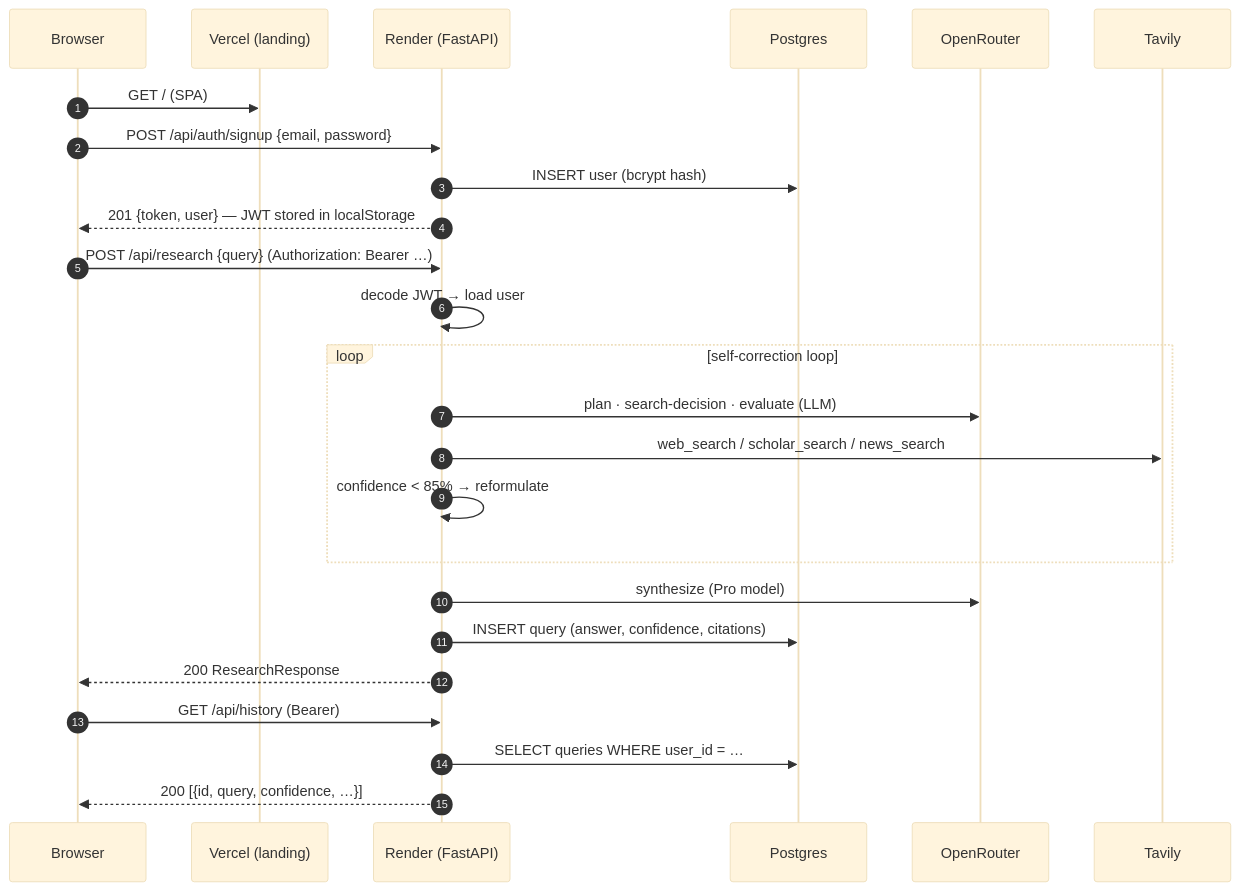
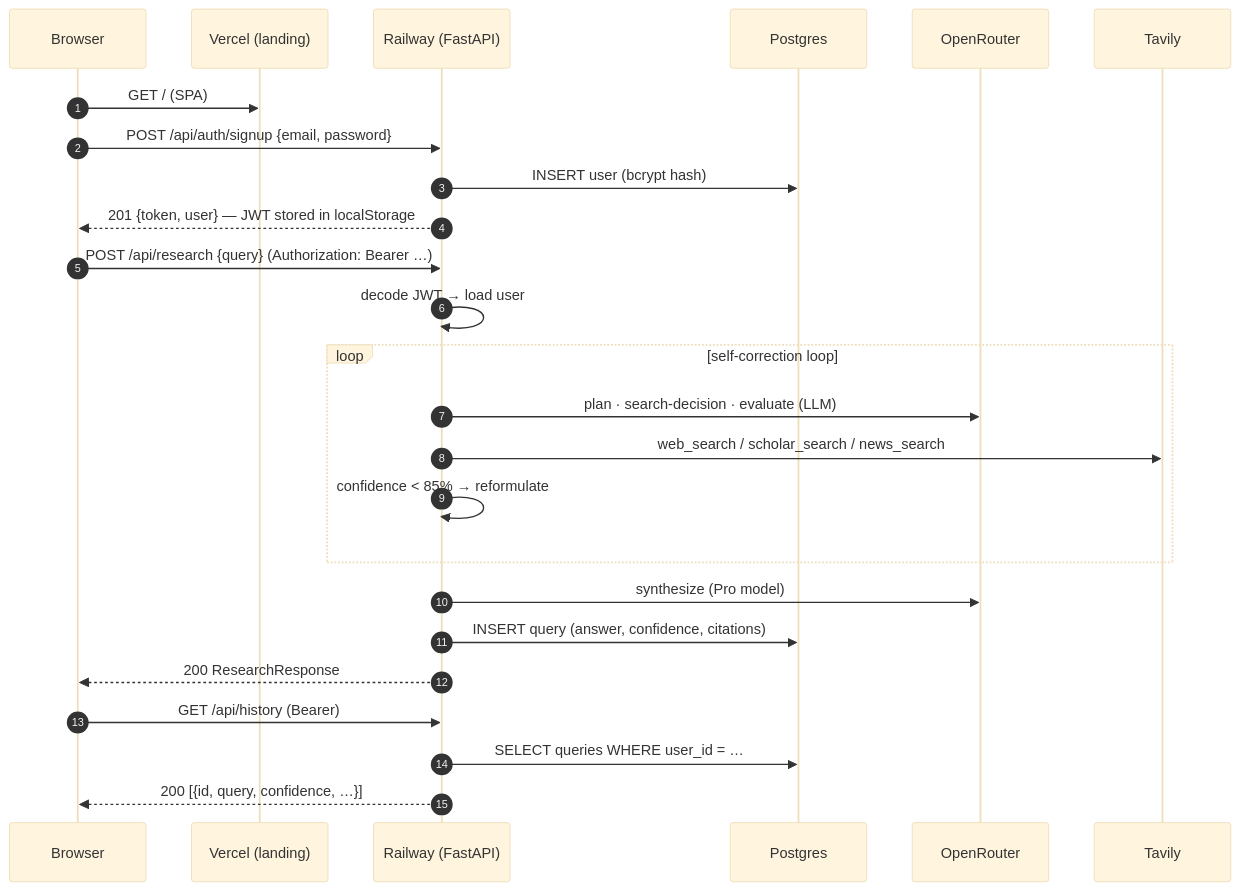
The second of 4 diagrams in README.md (RagavRida/research-agent), drawn with Mermaid (base theme) before and after one commit. The commit also changed other lines of this file, not shown here.

First line of the commit message:
docs(readme): correct Railway/Neon deploy, iteration cap, and test count

````diff
--- a/README.md
+++ b/README.md
@@ -94,30 +97,30 @@
 ```mermaid
 sequenceDiagram
     autonumber
     participant B as Browser
     participant V as Vercel (landing)
-    participant A as Render (FastAPI)
+    participant A as Railway (FastAPI)
     participant P as Postgres
     participant L as OpenRouter
     participant T as Tavily
 
     B->>V: GET / (SPA)
     B->>A: POST /api/auth/signup {email, password}
     A->>P: INSERT user (bcrypt hash)
     A-->>B: 201 {token, user} — JWT stored in localStorage
 
     B->>A: POST /api/research {query} (Authorization: Bearer …)
     A->>A: decode JWT → load user
     loop self-correction loop
         A->>L: plan · search-decision · evaluate (LLM)
         A->>T: web_search / scholar_search / news_search
         A->>A: confidence < 85% → reformulate
     end
     A->>L: synthesize (Pro model)
     A->>P: INSERT query (answer, confidence, citations)
     A-->>B: 200 ResearchResponse
 
     B->>A: GET /api/history (Bearer)
     A->>P: SELECT queries WHERE user_id = …
     A-->>B: 200 [{id, query, confidence, …}]
 ```
````
